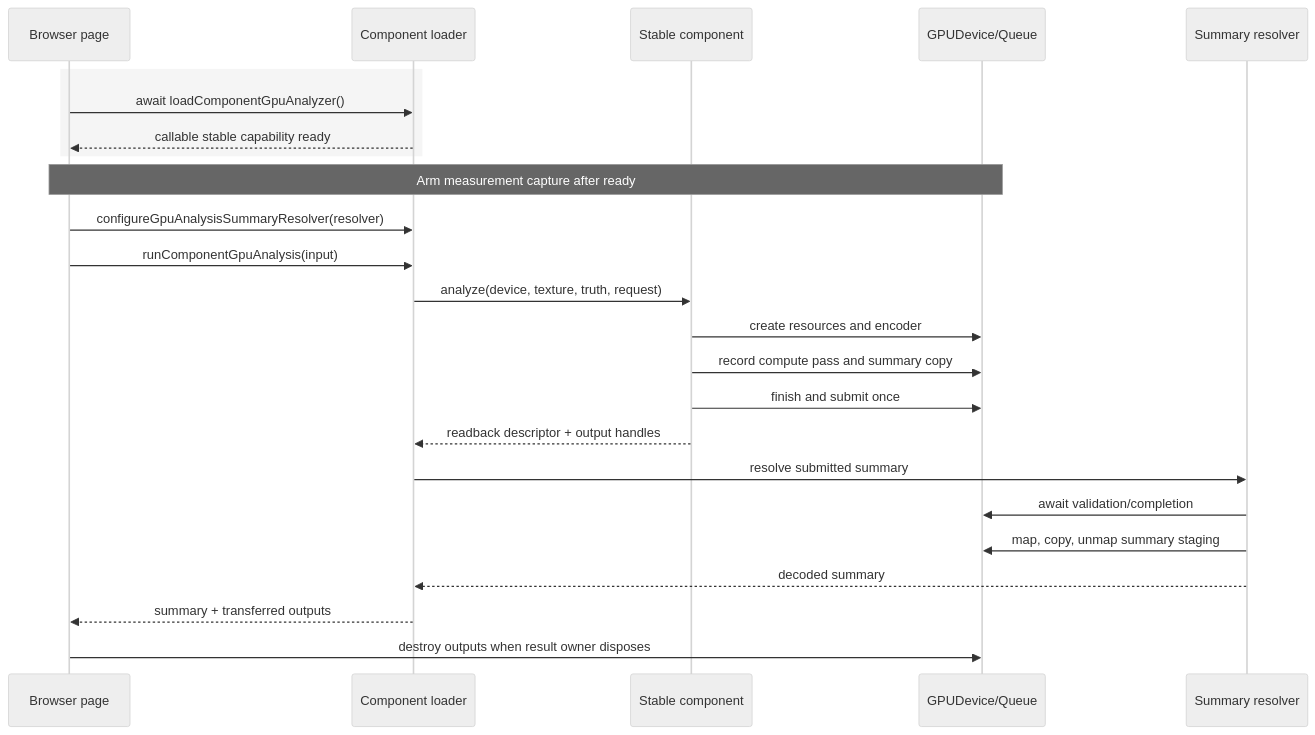
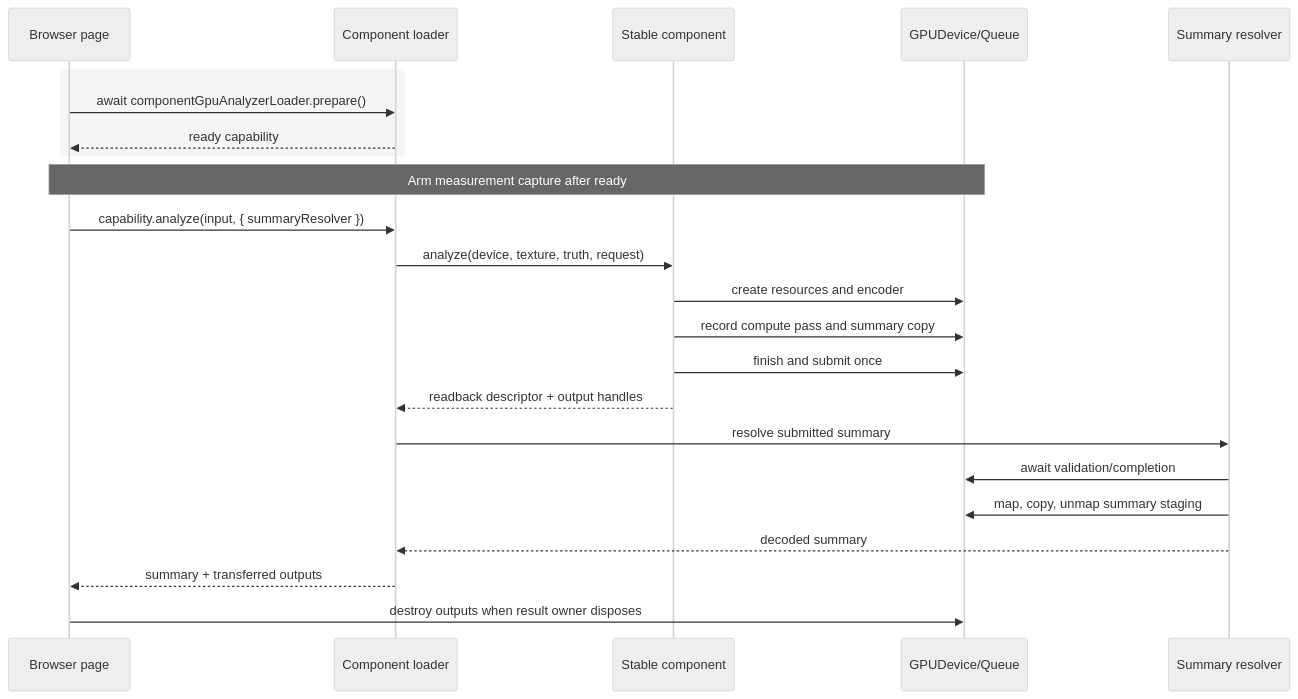
One commit to project-millipede/rendered-shape-analyser changed the second of 4 diagrams in docs/testing/browser-lifetime/architecture-and-code-reuse.md. Above: the diagram before and after it, drawn with Mermaid (neutral theme). The commit also changed other lines of this file and 5 other files, not shown here.

````diff
--- a/docs/testing/browser-lifetime/architecture-and-code-reuse.md
+++ b/docs/testing/browser-lifetime/architecture-and-code-reuse.md
@@ -413,27 +424,26 @@
 ```mermaid
 sequenceDiagram
   participant Page as Browser page
   participant Loader as Component loader
   participant Guest as Stable component
   participant GPU as GPUDevice/Queue
   participant Resolver as Summary resolver
 
   rect rgb(245, 245, 245)
-    Page->>Loader: await loadComponentGpuAnalyzer()
-    Loader-->>Page: callable stable capability ready
+    Page->>Loader: await componentGpuAnalyzerLoader.prepare()
+    Loader-->>Page: ready capability
   end
   Note over Page,GPU: Arm measurement capture after ready
-  Page->>Loader: configureGpuAnalysisSummaryResolver(resolver)
-  Page->>Loader: runComponentGpuAnalysis(input)
+  Page->>Loader: capability.analyze(input, { summaryResolver })
   Loader->>Guest: analyze(device, texture, truth, request)
   Guest->>GPU: create resources and encoder
   Guest->>GPU: record compute pass and summary copy
   Guest->>GPU: finish and submit once
   Guest-->>Loader: readback descriptor + output handles
   Loader->>Resolver: resolve submitted summary
   Resolver->>GPU: await validation/completion
   Resolver->>GPU: map, copy, unmap summary staging
   Resolver-->>Loader: decoded summary
   Loader-->>Page: summary + transferred outputs
   Page->>GPU: destroy outputs when result owner disposes
 ```
````
